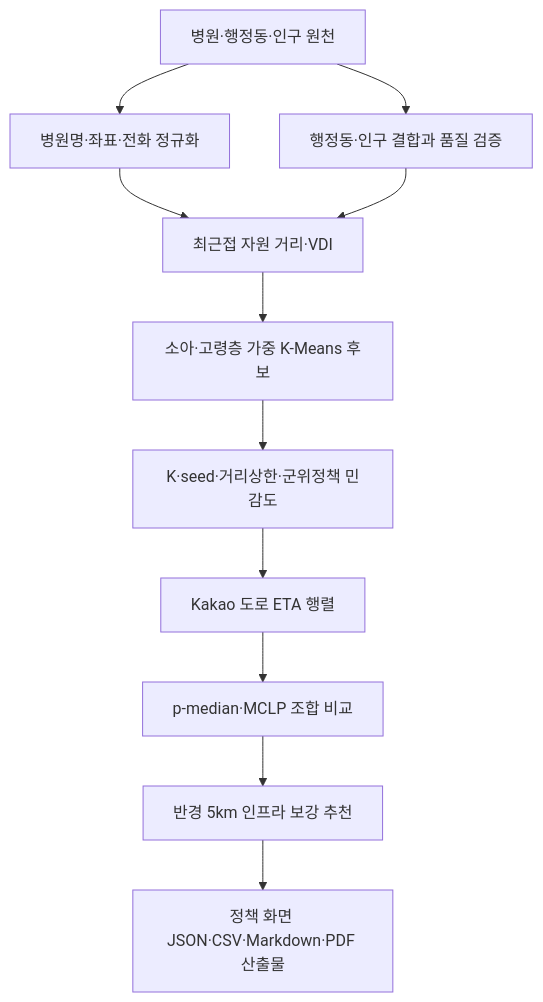
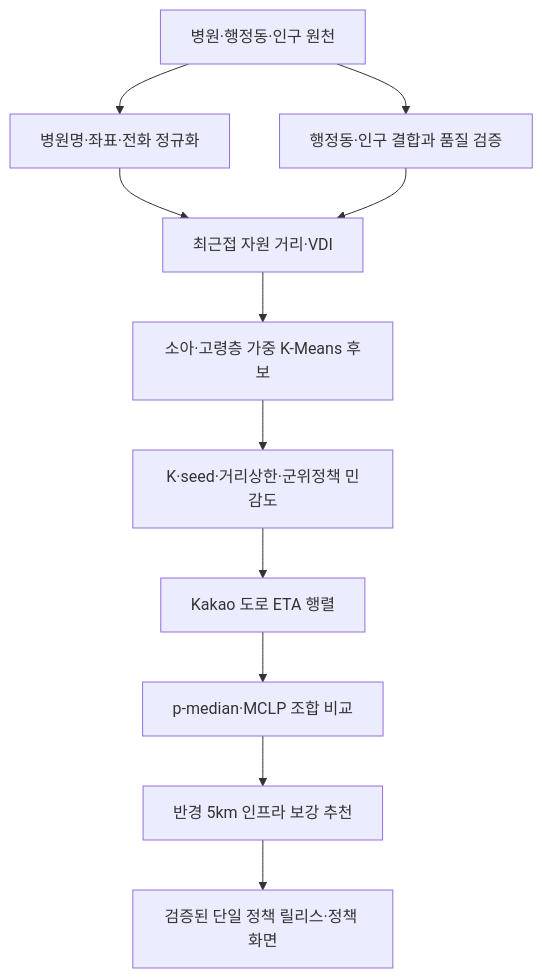
The first of 2 diagrams in README.md (ssg-sak/golden-project), drawn with Mermaid before and after one commit. The commit also changed other lines of this file and 47 other files, not shown here.

```diff
--- a/README.md
+++ b/README.md
@@ -135,13 +135,13 @@
 ~~~mermaid
 flowchart TD
   A[병원·행정동·인구 원천] --> B[병원명·좌표·전화 정규화]
   A --> C[행정동·인구 결합과 품질 검증]
   B --> D[최근접 자원 거리·VDI]
   C --> D
   D --> E[소아·고령층 가중 K-Means 후보]
   E --> F[K·seed·거리상한·군위정책 민감도]
   F --> G[Kakao 도로 ETA 행렬]
   G --> H[p-median·MCLP 조합 비교]
   H --> I[반경 5km 인프라 보강 추천]
-  I --> J[정책 화면 JSON·CSV·Markdown·PDF 산출물]
+  I --> J[검증된 단일 정책 릴리스·정책 화면]
 ~~~
```
